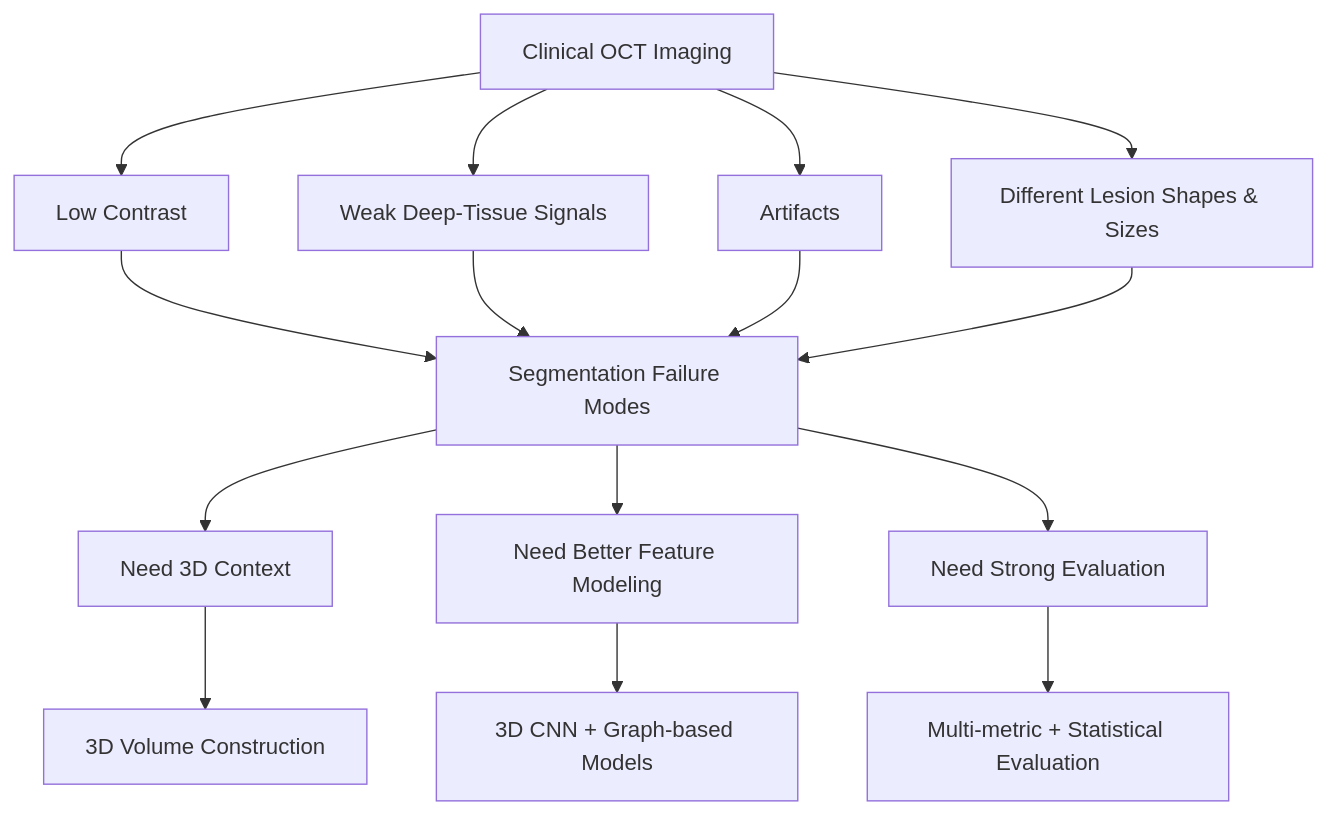
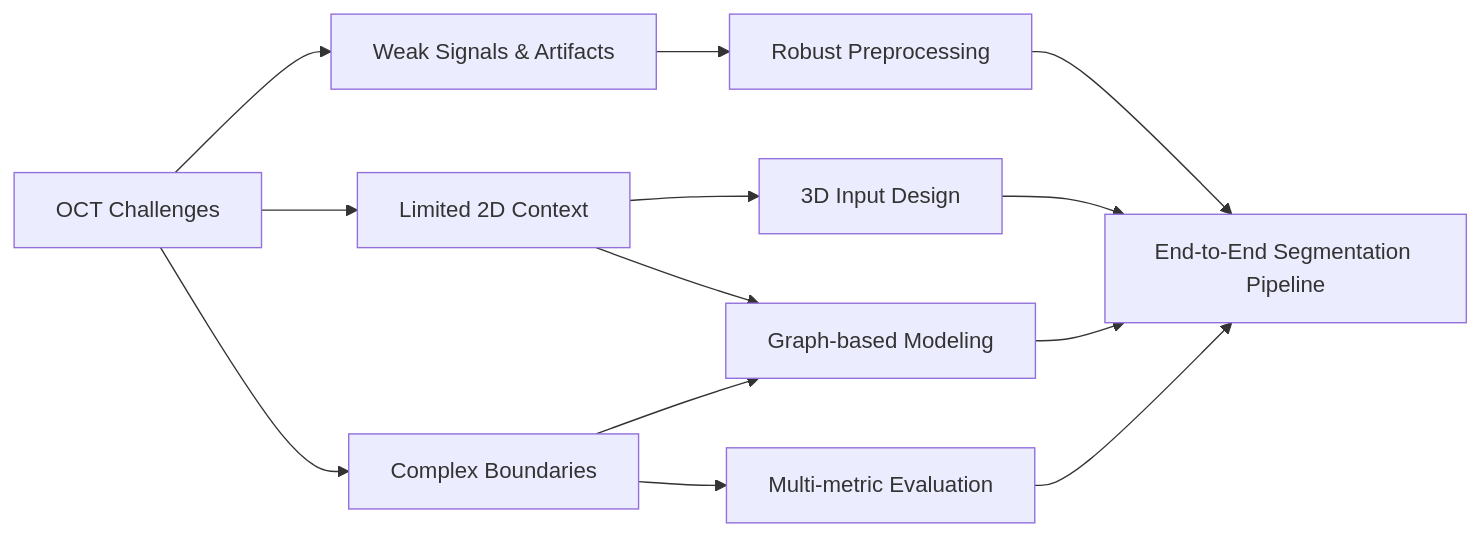
The diagram in docs/01_problem.md (ChengYuChing/3D-DLimage-segmentation), drawn with Mermaid before and after one commit. The commit also changed other lines of this file, not shown here.

Commit message:
Complete P1 problem-definition deep dive

````diff
--- a/docs/01_problem.md
+++ b/docs/01_problem.md
@@ -49,20 +108,17 @@
 ```mermaid
-flowchart TD
-    A["Clinical OCT Imaging"] --> B["Low Contrast"]
-    A --> C["Weak Deep-Tissue Signals"]
-    A --> D["Artifacts"]
-    A --> E["Different Lesion Shapes & Sizes"]
+flowchart LR
+    A["OCT Challenges"] --> B["Weak Signals & Artifacts"]
+    A --> C["Limited 2D Context"]
+    A --> D["Complex Boundaries"]
 
-    B --> F["Segmentation Failure Modes"]
-    C --> F
-    D --> F
-    E --> F
+    B --> E["Robust Preprocessing"]
+    C --> F["3D Input Design"]
+    C --> G["Graph-based Modeling"]
+    D --> G
+    D --> H["Multi-metric Evaluation"]
 
-    F --> G["Need 3D Context"]
-    F --> H["Need Better Feature Modeling"]
-    F --> I["Need Strong Evaluation"]
-
-    G --> J["3D Volume Construction"]
-    H --> K["3D CNN + Graph-based Models"]
-    I --> L["Multi-metric + Statistical Evaluation"]
+    E --> I["End-to-End Segmentation Pipeline"]
+    F --> I
+    G --> I
+    H --> I
 ```
````
